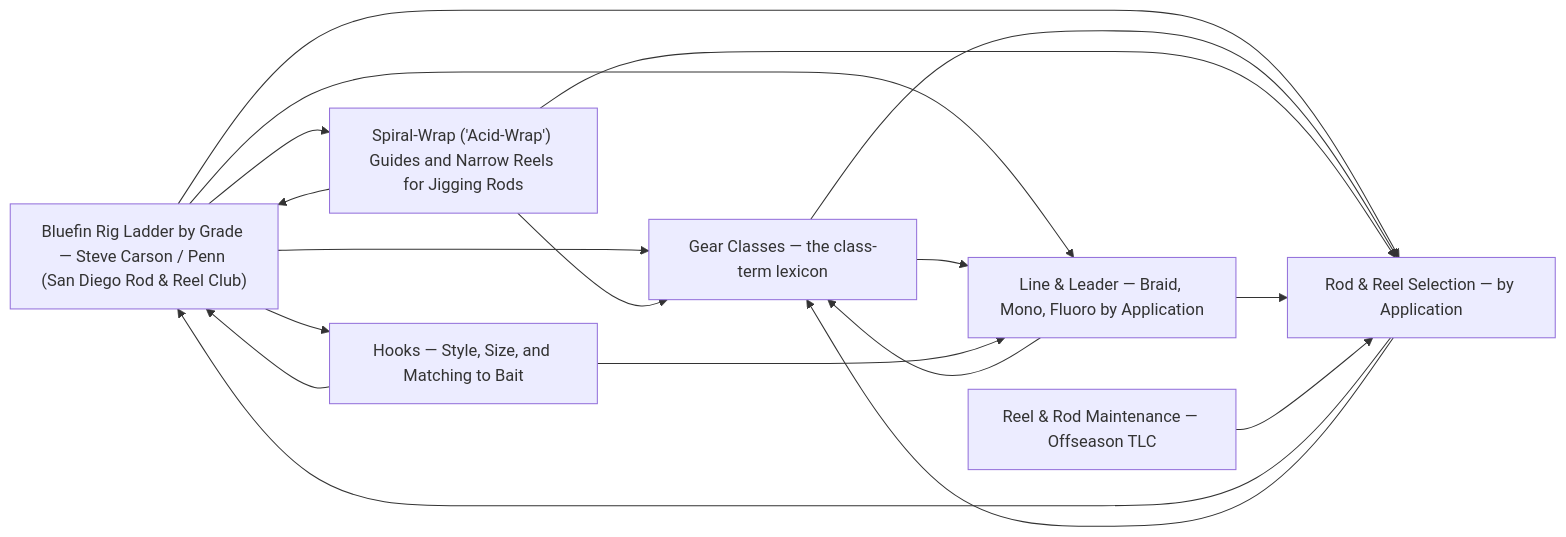
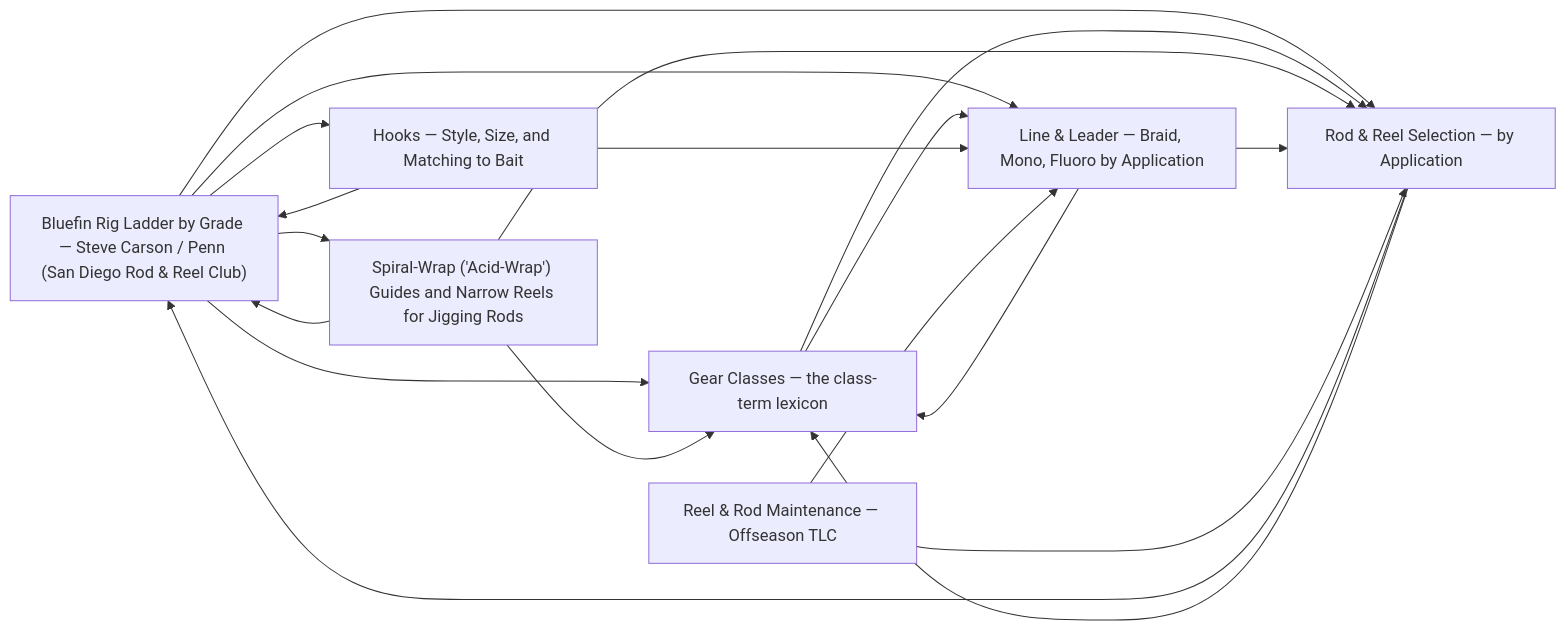
The diagram in tackle/README.md (camchuckpete-max/Socal-Fishing-Knowledge), drawn with Mermaid before and after one commit. The commit also changed 3 other files, not shown here.

````diff
--- a/tackle/README.md
+++ b/tackle/README.md
@@ -20,27 +20,28 @@
 ```mermaid
 graph LR
   n0["Bluefin Rig Ladder by Grade — Steve Carson / Penn (San Diego Rod & Reel Club)"]
   n1["Gear Classes — the class-term lexicon"]
   n2["Hooks — Style, Size, and Matching to Bait"]
   n3["Spiral-Wrap ('Acid-Wrap') Guides and Narrow Reels for Jigging Rods"]
   n4["Line & Leader — Braid, Mono, Fluoro by Application"]
   n5["Reel & Rod Maintenance — Offseason TLC"]
   n6["Rod & Reel Selection — by Application"]
   n0 --> n1
   n0 --> n2
   n0 --> n3
   n0 --> n4
   n0 --> n6
   n1 --> n4
   n1 --> n6
   n2 --> n0
   n2 --> n4
   n3 --> n0
   n3 --> n1
   n3 --> n6
   n4 --> n1
   n4 --> n6
+  n5 --> n4
   n5 --> n6
   n6 --> n0
   n6 --> n1
 ```
````
